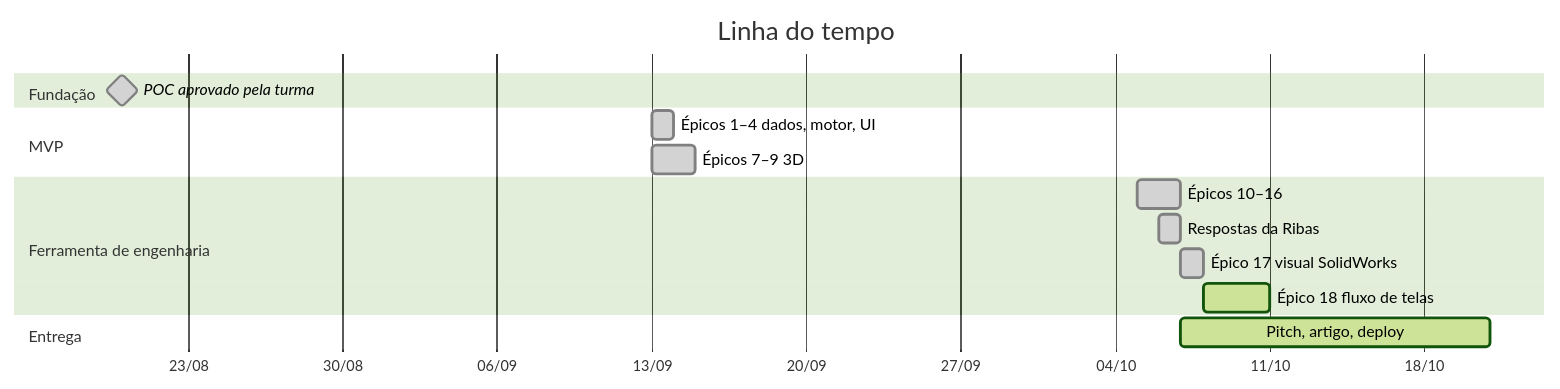
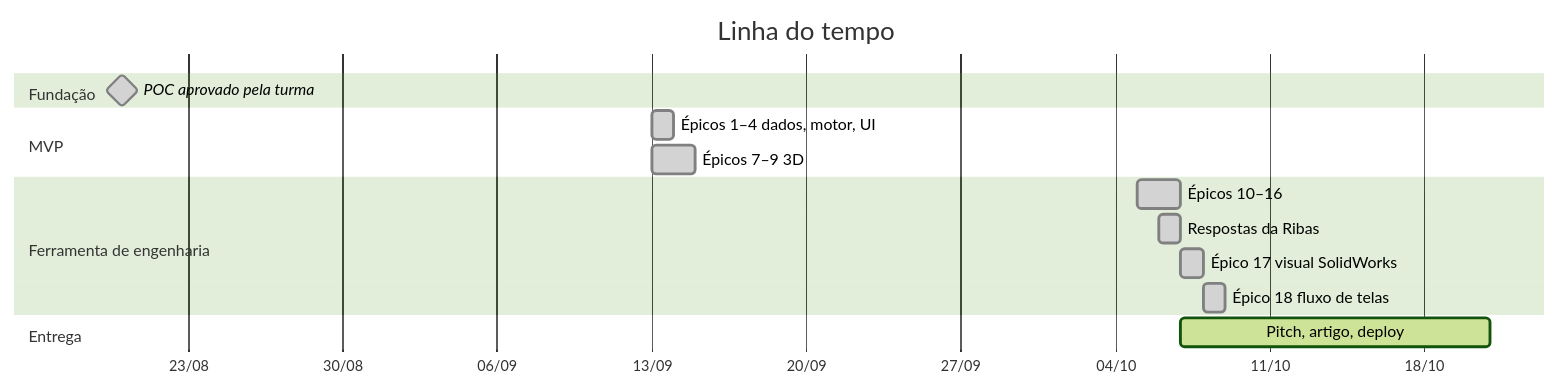
The diagram in 🗺️ Roadmap.md (Gustavo4Souza/CalculoGuidaste), drawn with Mermaid (forest theme) before and after one commit. The commit also changed other lines of this file and 34 other files, not shown here.

````diff
--- a/🗺️ Roadmap.md
+++ b/🗺️ Roadmap.md
@@ -41,18 +41,18 @@
 ```mermaid
 gantt
     title Linha do tempo
     dateFormat YYYY-MM-DD
     axisFormat %d/%m
     section Fundação
     POC aprovado pela turma      :milestone, done, 2026-08-20, 0d
     section MVP
     Épicos 1–4 dados, motor, UI  :done, 2026-09-13, 1d
     Épicos 7–9 3D                :done, 2026-09-13, 2d
     section Ferramenta de engenharia
     Épicos 10–16                 :done, 2026-10-05, 2d
     Respostas da Ribas           :done, 2026-10-06, 1d
     Épico 17 visual SolidWorks   :done, 2026-10-07, 1d
-    Épico 18 fluxo de telas      :active, 2026-10-08, 3d
+    Épico 18 fluxo de telas      :done, 2026-10-08, 1d
     section Entrega
     Pitch, artigo, deploy        :active, 2026-10-07, 14d
 ```
````
